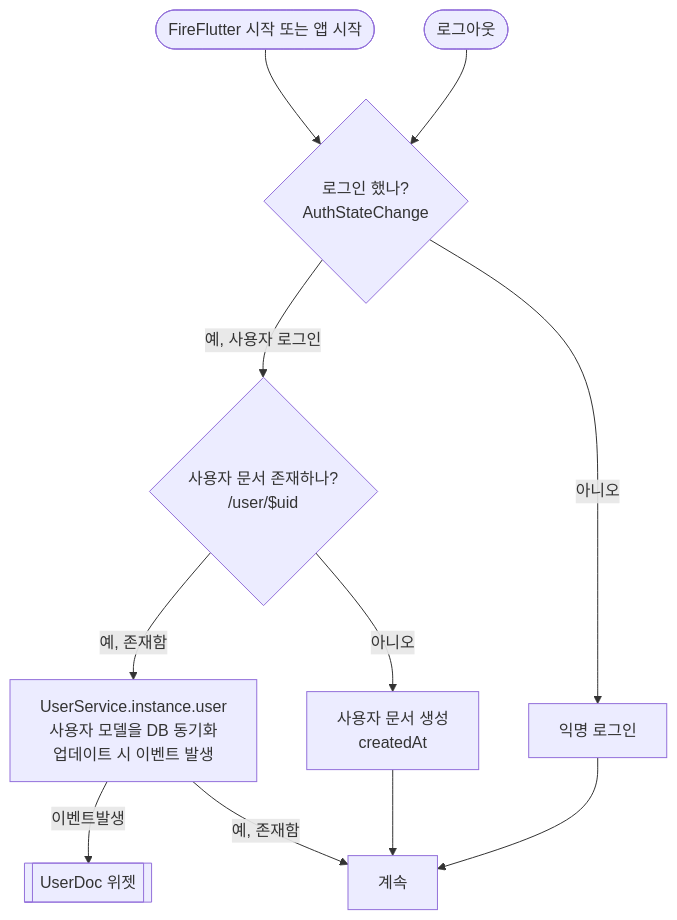
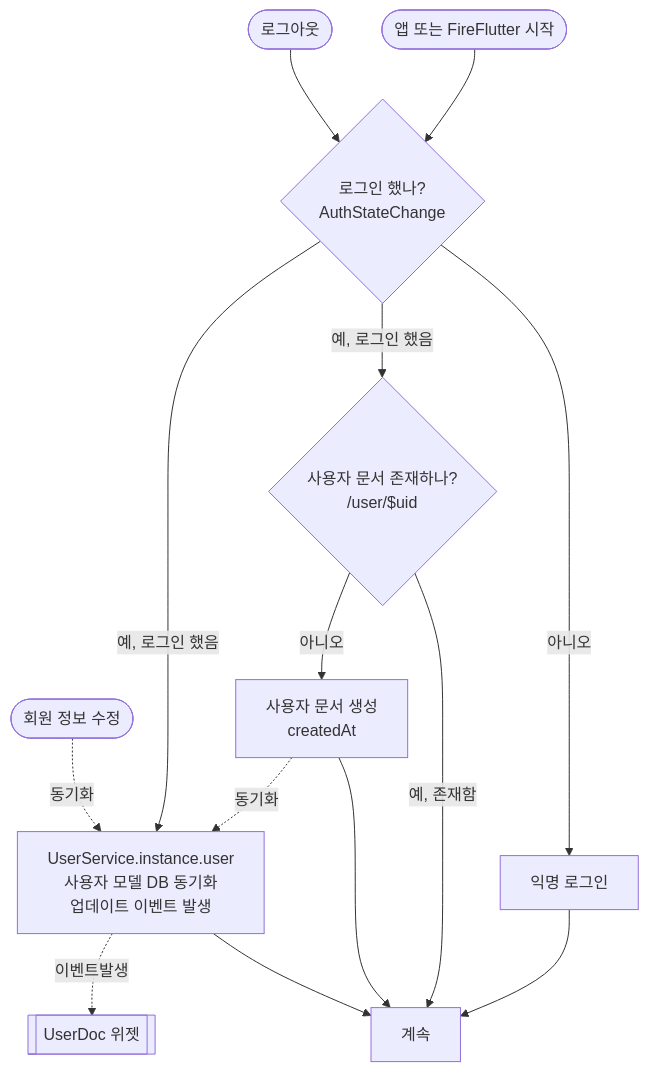
One commit to thruthesky/fireflutter changed the third of 3 diagrams in README.md. Above: the diagram before and after it, drawn with Mermaid. The commit also changed other lines of this file and 3 other files, not shown here.

````diff
--- a/README.md
+++ b/README.md
@@ -122,13 +124,16 @@
 ```mermaid
 flowchart TB;
-Start([FireFlutter 시작 또는 앱 시작]) --> AuthStateChange{로그인 했나?\nAuthStateChange}
-AuthStateChange -->|예, 사용자 로그인| CheckUserDoc{사용자 문서 존재하나?\n/user/$uid}
-CheckUserDoc -->|예, 존재함| ObserveUserDoc
-ObserveUserDoc --> |이벤트발생| UserDoc[[UserDoc 위젯]]
-ObserveUserDoc[UserService.instance.user\n사용자 모델을 DB 동기화\n업데이트 시 이벤트 발생] -->|예, 존재함| Continue
+Start([앱 또는 FireFlutter 시작]) --> AuthStateChange{로그인 했나?\nAuthStateChange}
+AuthStateChange -->|아니오| SignInAnonymous[익명 로그인]
+UserUpdate([회원 정보 수정]) -.-> |동기화| ObserveUserDoc
+AuthStateChange -->|예, 로그인 했음| CheckUserDoc{사용자 문서 존재하나?\n/user/$uid}
+CheckUserDoc -->|예, 존재함| Continue
+AuthStateChange -->|예, 로그인 했음| ObserveUserDoc
 CheckUserDoc -->|아니오| CreateUserDoc[사용자 문서 생성\ncreatedAt]
 CreateUserDoc --> Continue
-AuthStateChange -->|아니오| SignInAnonymous[익명 로그인]
 SignInAnonymous --> Continue[계속]
+ObserveUserDoc[UserService.instance.user\n사용자 모델 DB 동기화\n업데이트 이벤트 발생] --> Continue
+ObserveUserDoc -.-> |이벤트발생| UserDoc[[UserDoc 위젯]]
+CreateUserDoc -.-> |동기화| ObserveUserDoc
 Logout([로그아웃]) --> AuthStateChange
 ```
````
